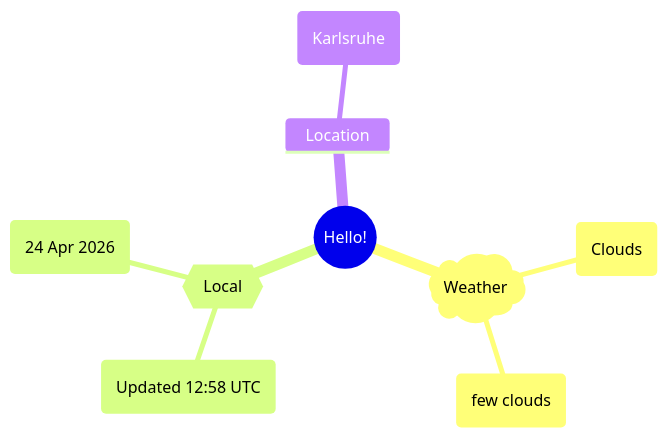
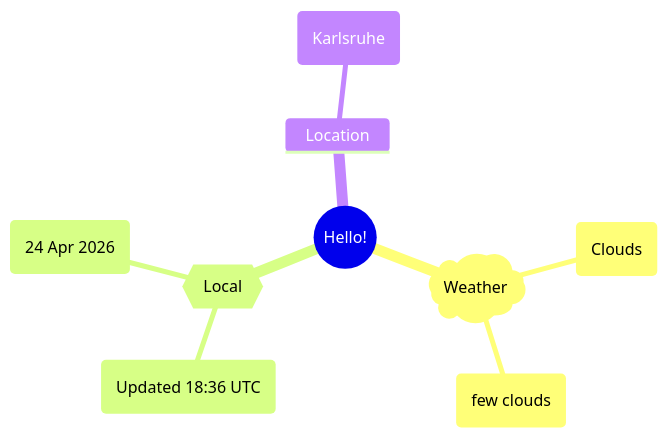
Before and after one commit to Xosrov/Xosrov: the first of 2 diagrams in README.md, drawn with Mermaid.

Commit message:
[bot] updated images

````diff
--- a/README.md
+++ b/README.md
@@ -3,12 +3,12 @@
 ```mermaid
 mindmap
   root((Hello!))
     )Weather(
         (Clouds)
         (few clouds)
     {{Local}}
-        (Updated 12:58 UTC)
+        (Updated 18:36 UTC)
         (24 Apr 2026)
     Location
         (Karlsruhe)
 ```
````
